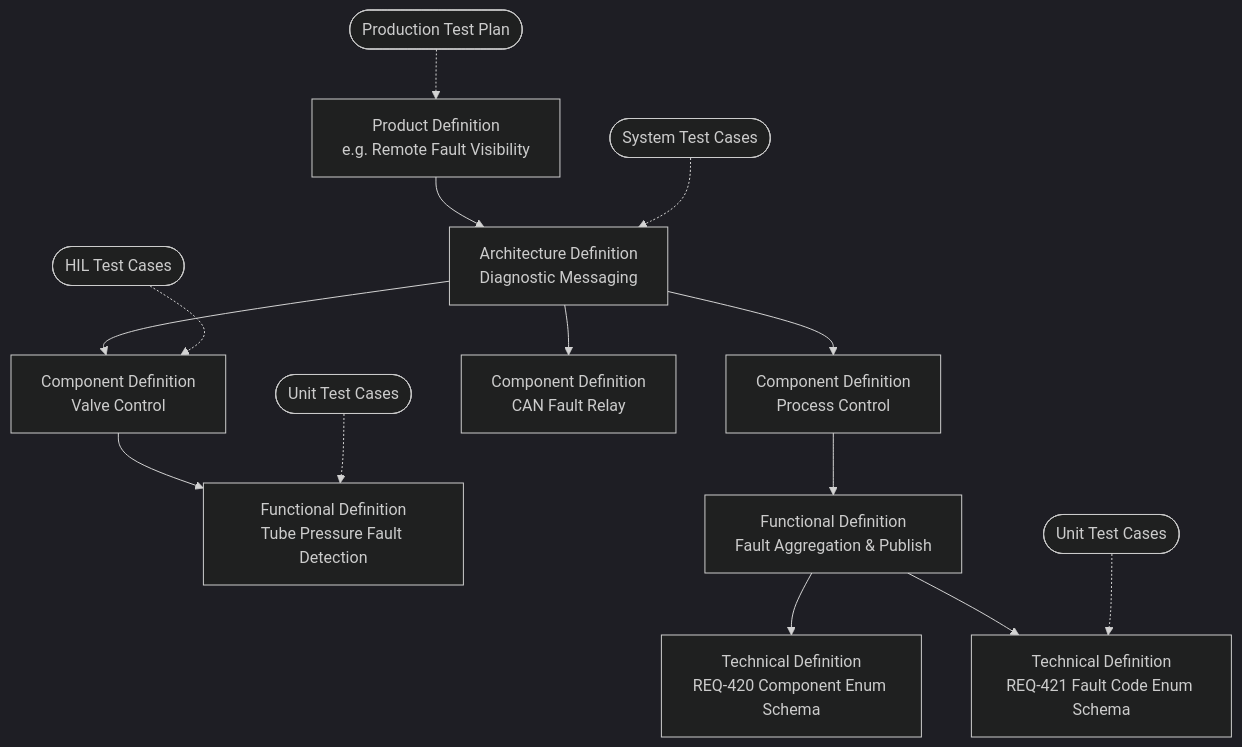
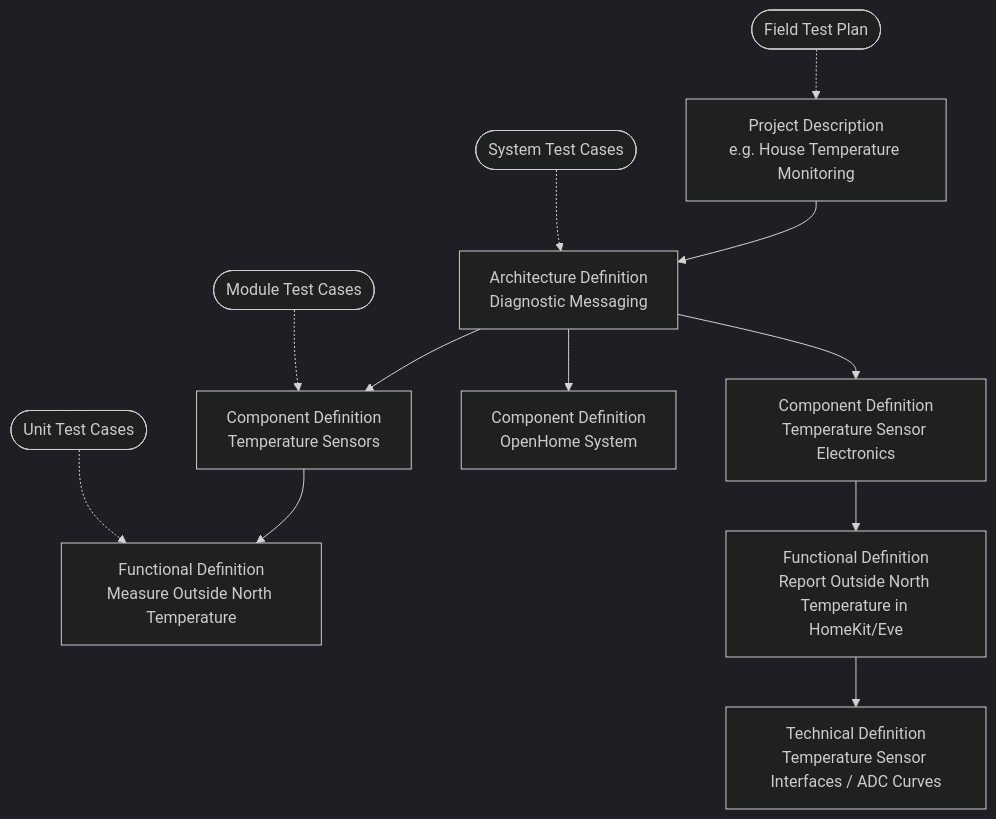
Before and after one commit to RandyF/lightweight-development-process: the second of 2 diagrams in v_model_process/V-Cycle for Lightweight Development.md, drawn with Mermaid (dark theme). The commit also changed other lines of this file and 1 other file, not shown here.

````diff
--- a/v_model_process/V-Cycle for Lightweight Development.md
+++ b/v_model_process/V-Cycle for Lightweight Development.md
@@ -126,27 +116,24 @@
 ```mermaid
 graph TD
-    PD["Product Definition<br/>e.g. Remote Fault Visibility"]
+    PD["Project Description<br/>e.g. House Temperature Monitoring"]
     AD1["Architecture Definition<br/>Diagnostic Messaging"]
-    CD1["Component Definition<br/>Valve Control"]
-    CD2["Component Definition<br/>Process Control"]
-    CD3["Component Definition<br/>CAN Fault Relay"]
-    FD1["Functional Definition<br/>Tube Pressure Fault Detection"]
-    FD2["Functional Definition<br/>Fault Aggregation & Publish"]
-    TD1["Technical Definition<br/>REQ-420 Component Enum Schema"]
-    TD2["Technical Definition<br/>REQ-421 Fault Code Enum Schema"]
-
+    CD1["Component Definition<br/>Temperature Sensors"]
+    CD2["Component Definition<br/>Temperature Sensor Electronics"]
+    CD3["Component Definition<br/>OpenHome System"]
+    FD1["Functional Definition<br/>Measure Outside North Temperature"]
+    FD2["Functional Definition<br/>Report Outside North Temperature in HomeKit/Eve"]
+    TD1["Technical Definition<br/>Temperature Sensor Interfaces / ADC Curves"]
+    
     PD --> AD1
     AD1 --> CD1
     AD1 --> CD2
     AD1 --> CD3
     CD1 --> FD1
     CD2 --> FD2
     FD2 --> TD1
-    FD2 --> TD2
 
-    PT(["Production Test Plan"]) -.-> PD
+    PT(["Field Test Plan"]) -.-> PD
     ST(["System Test Cases"]) -.-> AD1
-    HT(["HIL Test Cases"]) -.-> CD1
+    HT(["Module Test Cases"]) -.-> CD1
     UT(["Unit Test Cases"]) -.-> FD1
-    UT2(["Unit Test Cases"]) -.-> TD2
 ```
````
